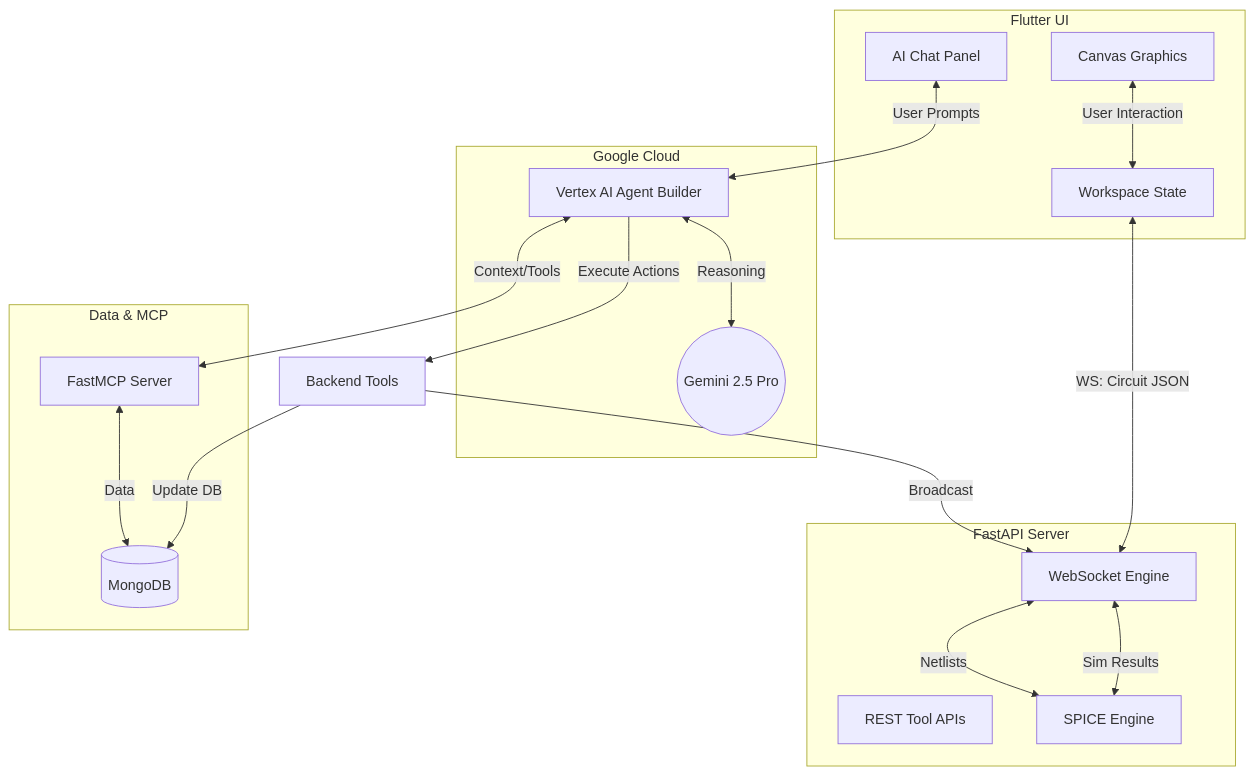
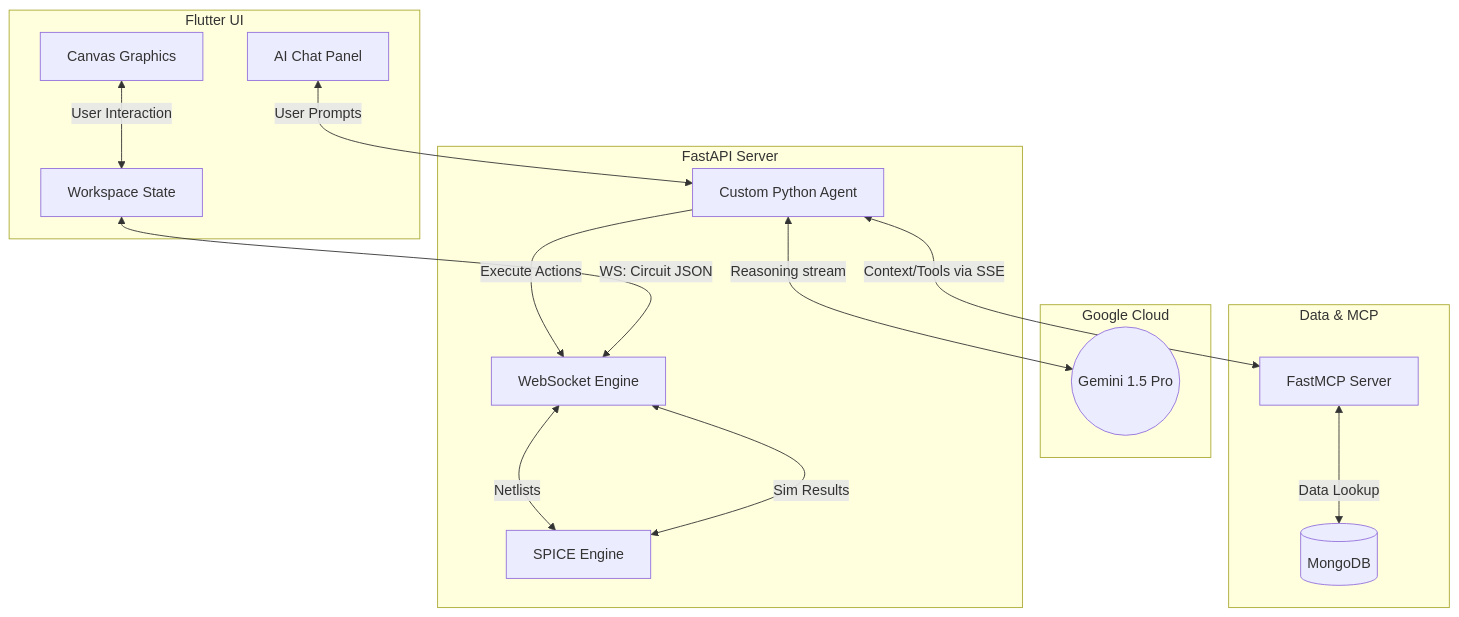
The diagram in README.md (hermes13002/ecs_rapid_agent_hackathon), drawn with Mermaid before and after one commit. The commit also changed other lines of this file and 2 other files, not shown here.

Commit message:
fix: backend url update

````diff
--- a/README.md
+++ b/README.md
@@ -38,39 +38,36 @@
 ```mermaid
 graph TD
     subgraph Frontend [Flutter UI]
         C[Canvas Graphics]
         IDE[AI Chat Panel]
         State[Workspace State]
     end
 
     subgraph Backend [FastAPI Server]
-        REST[REST Tool APIs]
+        Agent[Custom Python Agent]
         WS[WebSocket Engine]
         SE[SPICE Engine]
     end
 
     subgraph Google Cloud
-        Agent[Vertex AI Agent Builder]
-        Gemini((Gemini 2.5 Pro))
+        Gemini((Gemini 1.5 Pro))
     end
 
     subgraph Data & MCP
         DB[(MongoDB)]
         MCP[FastMCP Server]
     end
 
     C <-->|User Interaction| State
     IDE <-->|User Prompts| Agent
     
-    Agent <-->|Reasoning| Gemini
-    Agent <-->|Context/Tools| MCP
-    MCP <-->|Data| DB
+    Agent <-->|Reasoning stream| Gemini
+    Agent <-->|Context/Tools via SSE| MCP
+    MCP <-->|Data Lookup| DB
     
-    Agent -->|Execute Actions| Python[Backend Tools]
-    Python -->|Update DB| DB
-    Python -->|Broadcast| WS
+    Agent -->|Execute Actions| WS
     
     State <-->|WS: Circuit JSON| WS
     WS <-->|Netlists| SE
     SE <-->|Sim Results| WS
 ```
````
